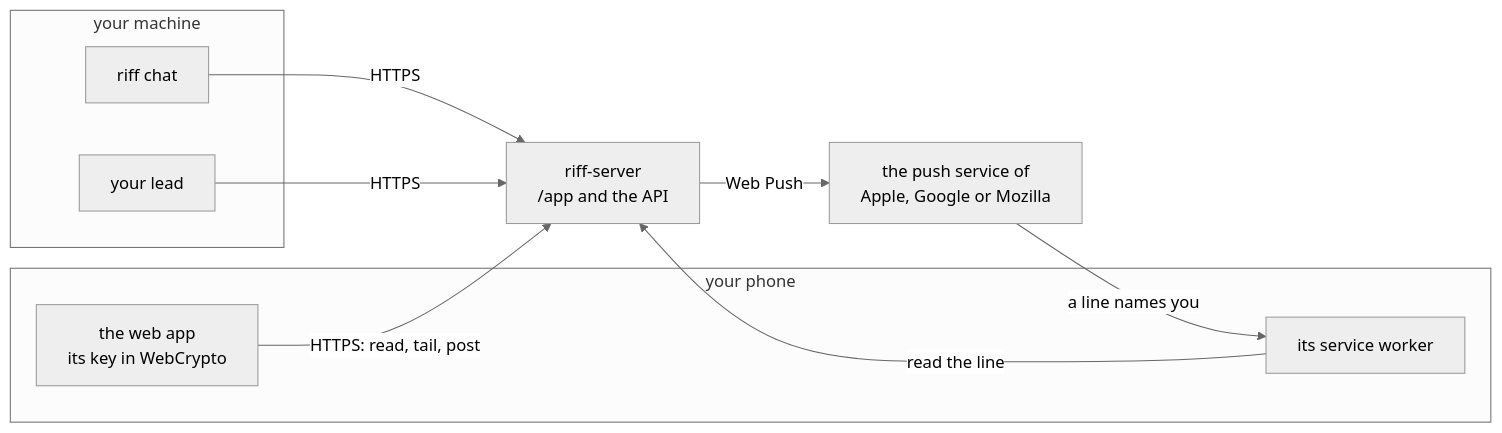
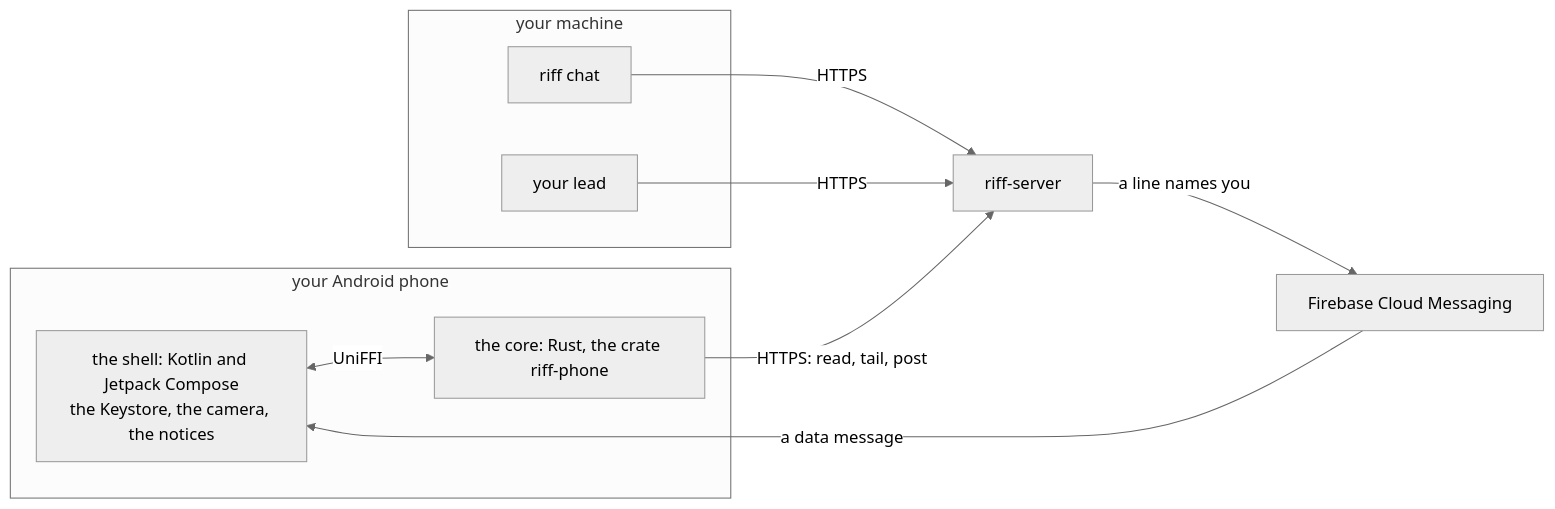
The first of 3 diagrams in docs/src/riff-mobile.md (como-technologies/riff), drawn with Mermaid (neutral theme) before and after one commit. The commit also changed other lines of this file and 1 other file, not shown here.

First line of the commit message:
Design: riff chat on a phone: an Android app, a Rust core with UniFFI (#951)

````diff
--- a/docs/src/riff-mobile.md
+++ b/docs/src/riff-mobile.md
@@ -31,17 +30,17 @@
 ```mermaid
 flowchart LR
-    subgraph P["your phone"]
-        A["the web app<br/>its key in WebCrypto"]
-        W["its service worker"]
+    subgraph P["your Android phone"]
+        U["the shell: Kotlin and Jetpack Compose<br/>the Keystore, the camera, the notices"]
+        R["the core: Rust, the crate riff-phone"]
+        U <-- "UniFFI" --> R
     end
     subgraph M["your machine"]
         C["riff chat"]
         L["your lead"]
     end
-    A -- "HTTPS: read, tail, post" --> S["riff-server<br/>/app and the API"]
+    R -- "HTTPS: read, tail, post" --> S["riff-server"]
     C -- "HTTPS" --> S
     L -- "HTTPS" --> S
-    S -- "Web Push" --> X["the push service of<br/>Apple, Google or Mozilla"]
-    X -- "a line names you" --> W
-    W -- "read the line" --> S
+    S -- "a line names you" --> F["Firebase Cloud Messaging"]
+    F -- "a data message" --> U
 ```
````
